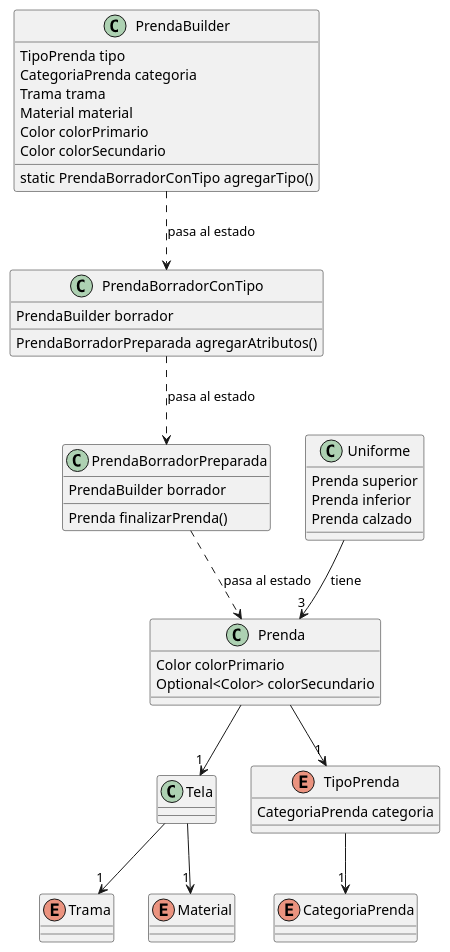
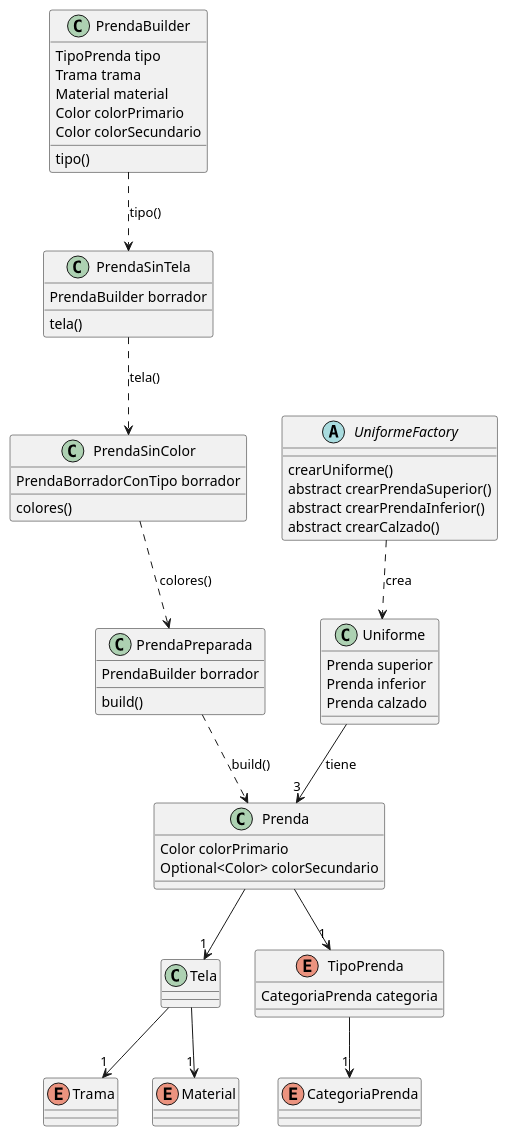
One commit to MarcoPiatti/qmp changed the diagram in qmp_diagrama.puml. Above: the diagram before and after it, drawn with PlantUML.

Commit message:
actualizado uml

```diff
--- a/qmp_diagrama.puml
+++ b/qmp_diagrama.puml
@@ -1,62 +1,77 @@
 @startuml qmp_diagrama
 
 class Prenda {
     Color colorPrimario
     Optional<Color> colorSecundario
 }
 
 class Tela
 
 Prenda --> "1" Tela
 
 enum Trama
 enum Material
 
 Tela --> "1" Trama
 Tela --> "1" Material
 
 enum TipoPrenda {
     CategoriaPrenda categoria
 }
 
 Prenda --> "1" TipoPrenda
 
 enum CategoriaPrenda
 
 TipoPrenda --> "1" CategoriaPrenda
 
 class PrendaBuilder {
     TipoPrenda tipo
-    CategoriaPrenda categoria
     Trama trama
     Material material
     Color colorPrimario
     Color colorSecundario
-
-    static PrendaBorradorConTipo agregarTipo()
+    tipo()
 }
 
-class PrendaBorradorConTipo {
+class PrendaSinTela {
     PrendaBuilder borrador
-    PrendaBorradorPreparada agregarAtributos()
+    tela()
 }
 
-PrendaBuilder ..> PrendaBorradorConTipo : pasa al estado
+PrendaBuilder ..> PrendaSinTela : tipo()
 
-class PrendaBorradorPreparada {
-    PrendaBuilder borrador
-    Prenda finalizarPrenda()
+class PrendaSinColor {
+    PrendaBorradorConTipo borrador
+    colores()
 }
 
-PrendaBorradorConTipo ..> PrendaBorradorPreparada : pasa al estado
-PrendaBorradorPreparada ..> Prenda : pasa al estado
+PrendaSinTela ..> PrendaSinColor : tela()
+
+class PrendaPreparada {
+    PrendaBuilder borrador
+    build()
+}
+
+PrendaSinColor ..> PrendaPreparada : colores()
+
+PrendaPreparada ..> Prenda : build()
 
 class Uniforme {
     Prenda superior
     Prenda inferior
     Prenda calzado
 }
 
 Uniforme --> "3" Prenda : tiene
 
+abstract class UniformeFactory{
+    crearUniforme()
+    abstract crearPrendaSuperior()
+    abstract crearPrendaInferior()
+    abstract crearCalzado()
+}
+
+UniformeFactory ..> Uniforme : crea
+
 @enduml
```
